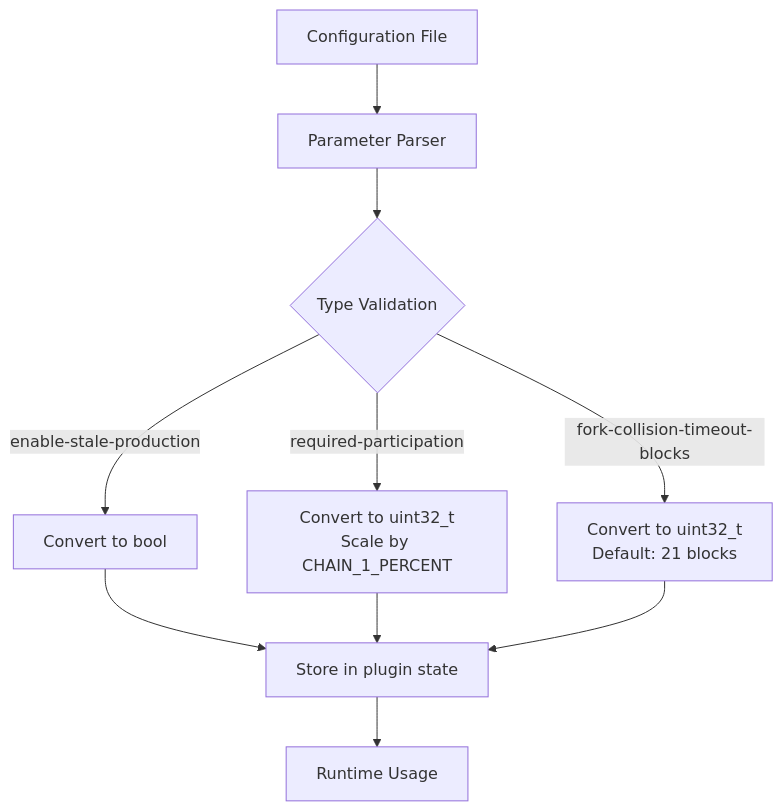
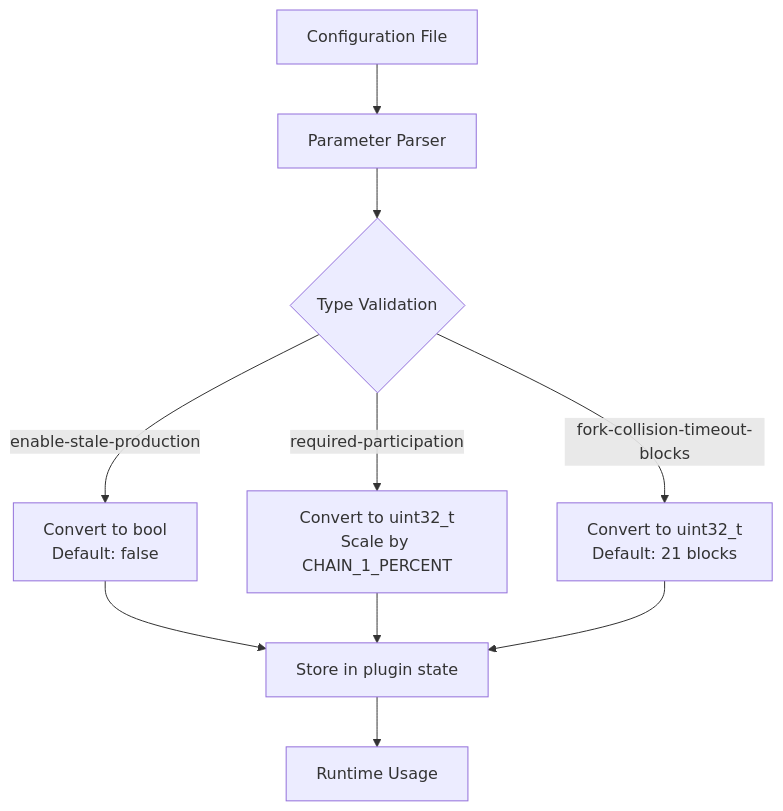
Before and after one commit to VIZ-Blockchain/viz-cpp-node: the third of 8 diagrams in .qoder/repowiki/en/content/Witness.md, drawn with Mermaid. The commit also changed other lines of this file and 5 other files, not shown here.

````diff
--- a/.qoder/repowiki/en/content/Witness.md
+++ b/.qoder/repowiki/en/content/Witness.md
@@ -275,12 +295,12 @@
 ```mermaid
 flowchart TD
 Config["Configuration File"] --> Parser["Parameter Parser"]
 Parser --> TypeCheck{"Type Validation"}
-TypeCheck --> |enable-stale-production| BoolConvert["Convert to bool"]
+TypeCheck --> |enable-stale-production| BoolConvert["Convert to bool<br/>Default: false"]
 TypeCheck --> |required-participation| IntConvert["Convert to uint32_t<br/>Scale by CHAIN_1_PERCENT"]
 TypeCheck --> |fork-collision-timeout-blocks| TimeoutConvert["Convert to uint32_t<br/>Default: 21 blocks"]
 BoolConvert --> Storage["Store in plugin state"]
 IntConvert --> Storage
 TimeoutConvert --> Storage
 Storage --> Runtime["Runtime Usage"]
 ```
````
